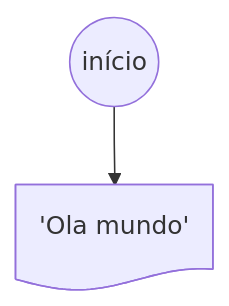
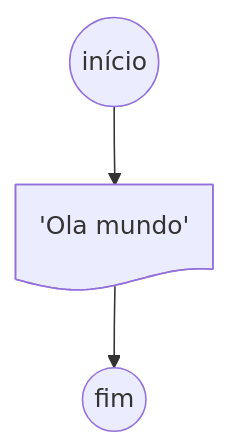
The diagram in doc.md (ricardodarocha/ferrugem), drawn with Mermaid before and after one commit.

````diff
--- a/doc.md
+++ b/doc.md
@@ -1,7 +1,8 @@
 ```mermaid
 flowchart TD
 L2@{ shape: circle, label: "início"}
 L4@{ shape: doc, label: "'Ola mundo'"}
 L2 --> L4
-
+L4 --> L6
+L6@{ shape: circle, label: " fim "}
 ```
````
